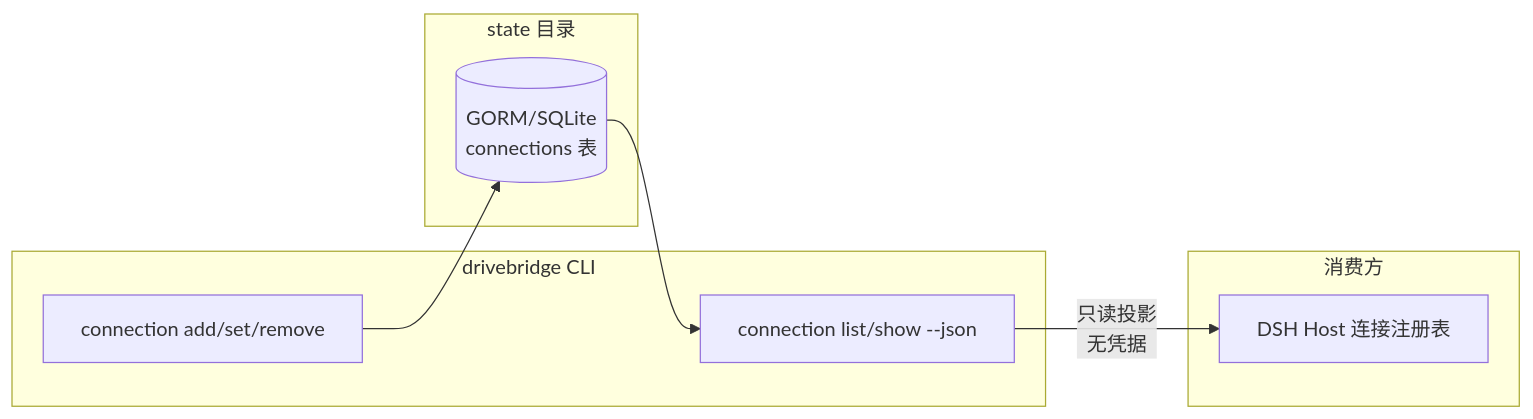
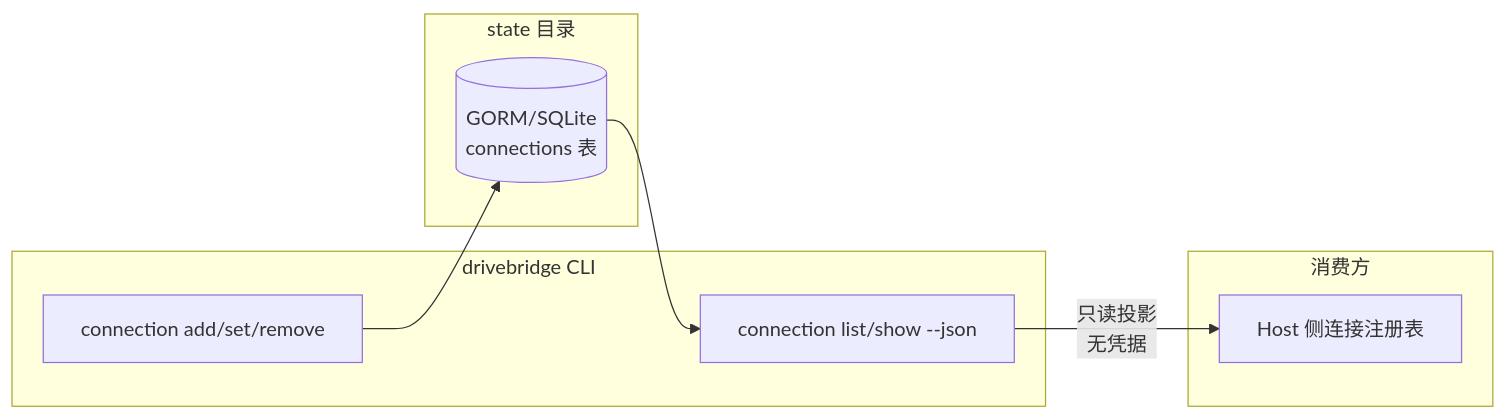
One commit to yeisme/drivebridge changed the diagram in openspec/changes/archive/2026-09-18-drivebridge-connection-registry-v1/design.md. Above: the diagram before and after it, drawn with Mermaid. The commit also changed other lines of this file and 6 other files, not shown here.

````diff
--- a/openspec/changes/archive/2026-09-18-drivebridge-connection-registry-v1/design.md
+++ b/openspec/changes/archive/2026-09-18-drivebridge-connection-registry-v1/design.md
@@ -7,15 +7,15 @@
 ```mermaid
 flowchart LR
     subgraph CLI[drivebridge CLI]
         ADD[connection add/set/remove]
         SHOW[connection list/show --json]
     end
     subgraph State[state 目录]
         DB[(GORM/SQLite<br/>connections 表)]
     end
     subgraph Consumers[消费方]
-        DSH[DSH Host 连接注册表]
+        HOST[Host 侧连接注册表]
     end
     ADD --> DB
-    DB --> SHOW -->|只读投影<br/>无凭据| DSH
+    DB --> SHOW -->|只读投影<br/>无凭据| HOST
 ```
````
